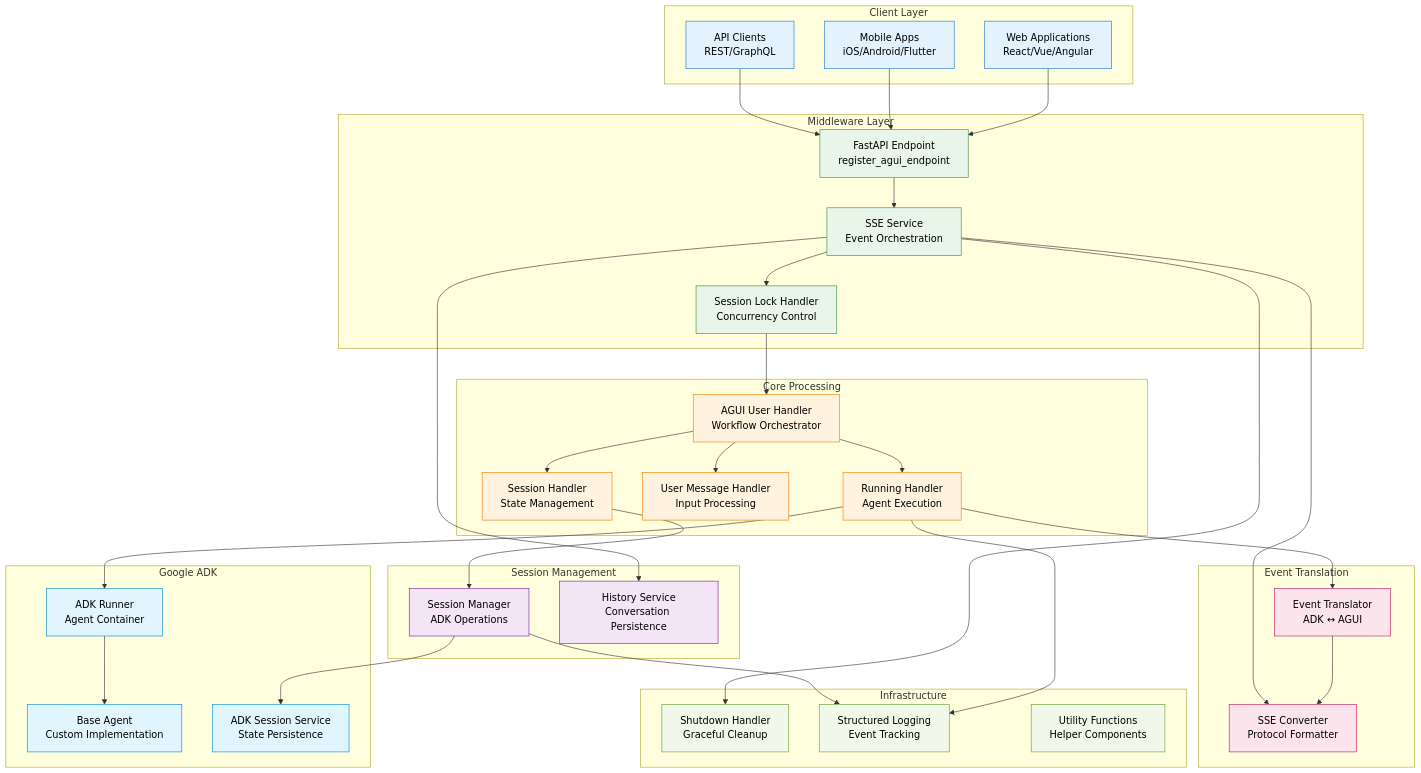
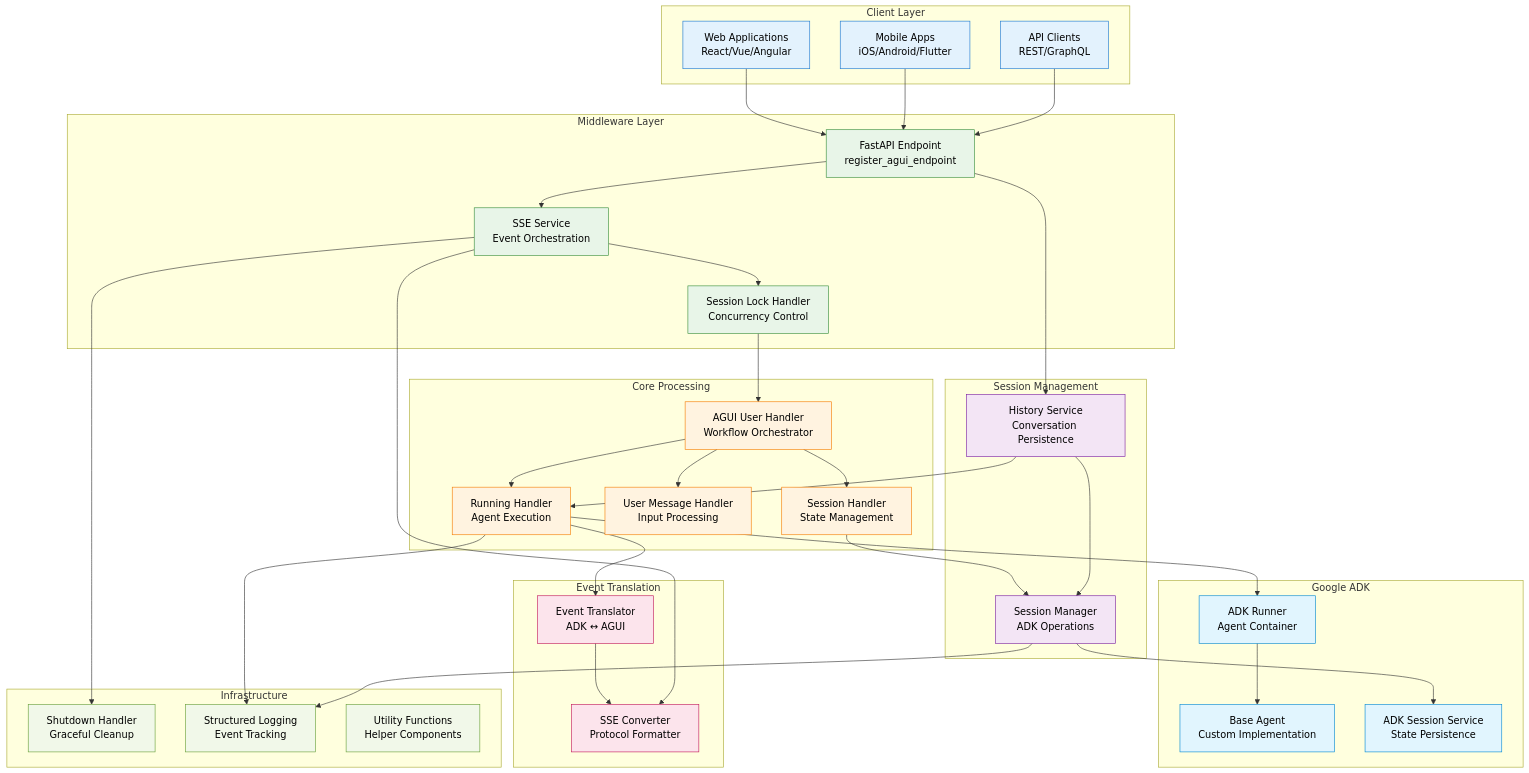
One commit to trendmicro/adk-agui-middleware changed the first of 2 diagrams in README.md. Above: the diagram before and after it, drawn with Mermaid. The commit also changed other lines of this file, not shown here.

```diff
--- a/README.md
+++ b/README.md
@@ -113,7 +127,9 @@
     %% Session operations
     SESSION --> SESS_MGR
     SESS_MGR --> ADK_SESS
-    SSE_SVC --> HIST_SVC
+    ENDPOINT --> HIST_SVC
+    HIST_SVC --> SESS_MGR
+    HIST_SVC --> RUNNING
 
     %% Infrastructure
     SSE_SVC --> SHUTDOWN
```
